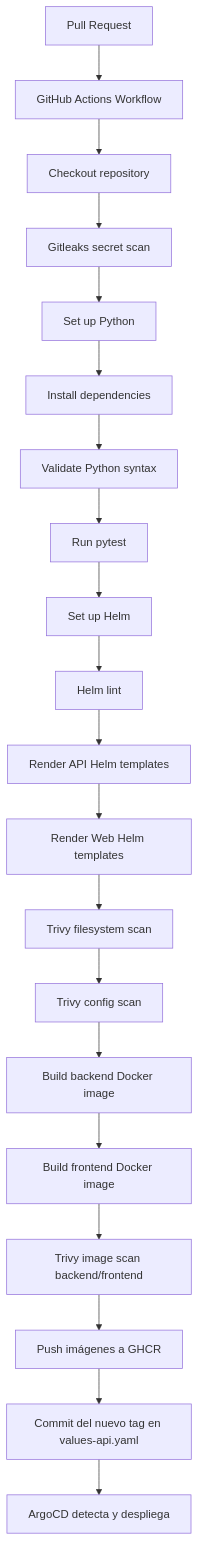
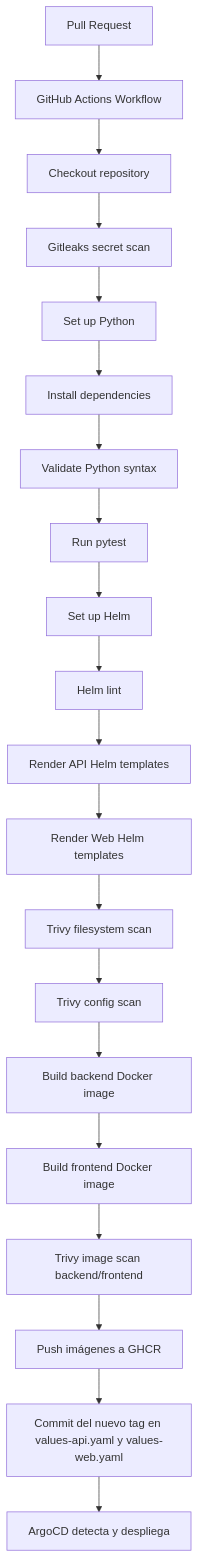
The third of 4 diagrams in README.md (oscarHidalgo93/devops-project), drawn with Mermaid before and after one commit. The commit also changed other lines of this file and 1 other file, not shown here.

Commit message:
docs: corregir rutas y referencias obsoletas del README en ambos idiomas

````diff
--- a/README.md
+++ b/README.md
@@ -850,22 +850,22 @@
 ```mermaid
 flowchart TD
     PR[Pull Request] --> Workflow[GitHub Actions Workflow]
     Workflow --> Checkout[Checkout repository]
     Checkout --> Gitleaks[Gitleaks secret scan]
     Gitleaks --> Python[Set up Python]
     Python --> Dependencies[Install dependencies]
     Dependencies --> Syntax[Validate Python syntax]
     Syntax --> Tests[Run pytest]
     Tests --> HelmSetup[Set up Helm]
     HelmSetup --> HelmLint[Helm lint]
     HelmLint --> RenderAPI[Render API Helm templates]
     RenderAPI --> RenderWeb[Render Web Helm templates]
     RenderWeb --> TrivyFS[Trivy filesystem scan]
     TrivyFS --> TrivyConfig[Trivy config scan]
     TrivyConfig --> BuildBackend[Build backend Docker image]
     BuildBackend --> BuildFrontend[Build frontend Docker image]
     BuildFrontend --> TrivyImages[Trivy image scan backend/frontend]
     TrivyImages --> PushGHCR[Push imágenes a GHCR]
-    PushGHCR --> UpdateTag[Commit del nuevo tag en values-api.yaml]
+    PushGHCR --> UpdateTag[Commit del nuevo tag en values-api.yaml y values-web.yaml]
     UpdateTag --> ArgoCD[ArgoCD detecta y despliega]
 ```
````
